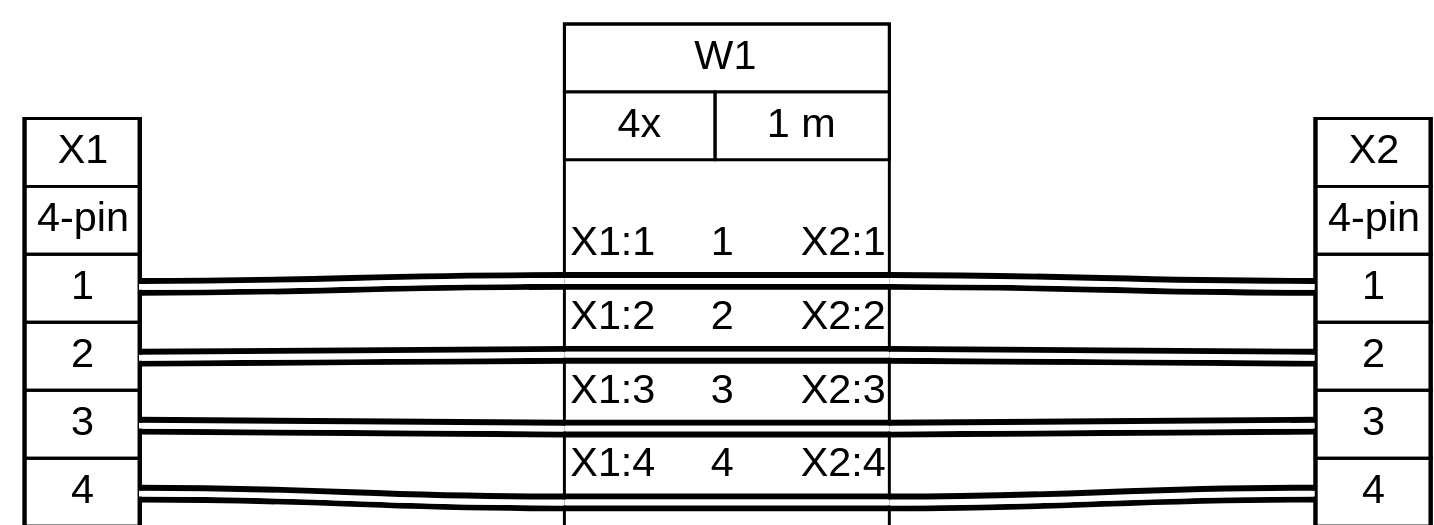
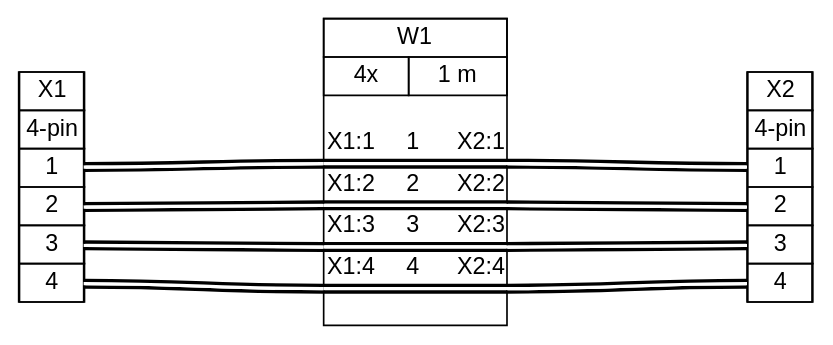
One commit to ClassicMiniDIY/WireViz changed the diagram in tutorial/tutorial01.gv. Above: the diagram before and after it, drawn with Graphviz. The commit also changed 95 other files, not shown here.

```diff
--- a/tutorial/tutorial01.gv
+++ b/tutorial/tutorial01.gv
@@ -1,164 +1,164 @@
 graph {
-// Graph generated by WireViz 0.4.1
+// Graph generated by WireViz 1.0.0
 // https://github.com/wireviz/WireViz
-	graph [bgcolor="#FFFFFF" dpi=96.0 fontname=arial nodesep=0.33 rankdir=LR ranksep=2]
+	graph [bgcolor="#FFFFFF" fontname=arial nodesep=0.33 rankdir=LR ranksep=2]
 	node [fillcolor="#FFFFFF" fontname=arial height=0 margin=0 shape=none style=filled width=0]
 	edge [fontname=arial style=bold]
 	X1 [label=<
 <table border="0" cellspacing="0" cellpadding="0">
  <tr><td>
   <table border="0" cellspacing="0" cellpadding="3" cellborder="1"><tr>
    <td balign="left">X1</td>
   </tr></table>
  </td></tr>
  <tr><td>
   <table border="0" cellspacing="0" cellpadding="3" cellborder="1"><tr>
    <td balign="left">4-pin</td>
   </tr></table>
  </td></tr>
  <tr><td>
   <table border="0" cellspacing="0" cellpadding="3" cellborder="1">
    <tr>
     <td port="p1r">1</td>
    </tr>
    <tr>
     <td port="p2r">2</td>
    </tr>
    <tr>
     <td port="p3r">3</td>
    </tr>
    <tr>
     <td port="p4r">4</td>
    </tr>
   </table>
  </td></tr>
 </table>
 > fillcolor="#FFFFFF" shape=box style=filled]
 	X2 [label=<
 <table border="0" cellspacing="0" cellpadding="0">
  <tr><td>
   <table border="0" cellspacing="0" cellpadding="3" cellborder="1"><tr>
    <td balign="left">X2</td>
   </tr></table>
  </td></tr>
  <tr><td>
   <table border="0" cellspacing="0" cellpadding="3" cellborder="1"><tr>
    <td balign="left">4-pin</td>
   </tr></table>
  </td></tr>
  <tr><td>
   <table border="0" cellspacing="0" cellpadding="3" cellborder="1">
    <tr>
     <td port="p1l">1</td>
    </tr>
    <tr>
     <td port="p2l">2</td>
    </tr>
    <tr>
     <td port="p3l">3</td>
    </tr>
    <tr>
     <td port="p4l">4</td>
    </tr>
   </table>
  </td></tr>
 </table>
 > fillcolor="#FFFFFF" shape=box style=filled]
 	edge [color="#000000:#ffffff:#000000"]
 	X1:p1r:e -- W1:w1:w
 	W1:w1:e -- X2:p1l:w
 	edge [color="#000000:#ffffff:#000000"]
 	X1:p2r:e -- W1:w2:w
 	W1:w2:e -- X2:p2l:w
 	edge [color="#000000:#ffffff:#000000"]
 	X1:p3r:e -- W1:w3:w
 	W1:w3:e -- X2:p3l:w
 	edge [color="#000000:#ffffff:#000000"]
 	X1:p4r:e -- W1:w4:w
 	W1:w4:e -- X2:p4l:w
 	W1 [label=<
 <table border="0" cellspacing="0" cellpadding="0">
  <tr><td>
   <table border="0" cellspacing="0" cellpadding="3" cellborder="1"><tr>
    <td balign="left">W1</td>
   </tr></table>
  </td></tr>
  <tr><td>
   <table border="0" cellspacing="0" cellpadding="3" cellborder="1"><tr>
    <td balign="left">4x</td>
    <td balign="left">1 m</td>
   </tr></table>
  </td></tr>
  <tr><td>
   <table border="0" cellspacing="0" cellborder="0">
    <tr><td>&nbsp;</td></tr>
    <tr>
     <td>X1:1</td>
     <td>
      1
     </td>
     <td>X2:1</td>
    </tr>
    <tr>
     <td colspan="3" border="0" cellspacing="0" cellpadding="0" port="w1" height="6">
      <table cellspacing="0" cellborder="0" border="0">
       <tr><td colspan="3" cellpadding="0" height="2" bgcolor="#000000" border="0"></td></tr>
       <tr><td colspan="3" cellpadding="0" height="2" bgcolor="#ffffff" border="0"></td></tr>
       <tr><td colspan="3" cellpadding="0" height="2" bgcolor="#000000" border="0"></td></tr>
      </table>
     </td>
    </tr>
    <tr>
     <td>X1:2</td>
     <td>
      2
     </td>
     <td>X2:2</td>
    </tr>
    <tr>
     <td colspan="3" border="0" cellspacing="0" cellpadding="0" port="w2" height="6">
      <table cellspacing="0" cellborder="0" border="0">
       <tr><td colspan="3" cellpadding="0" height="2" bgcolor="#000000" border="0"></td></tr>
       <tr><td colspan="3" cellpadding="0" height="2" bgcolor="#ffffff" border="0"></td></tr>
       <tr><td colspan="3" cellpadding="0" height="2" bgcolor="#000000" border="0"></td></tr>
      </table>
     </td>
    </tr>
    <tr>
     <td>X1:3</td>
     <td>
      3
     </td>
     <td>X2:3</td>
    </tr>
    <tr>
     <td colspan="3" border="0" cellspacing="0" cellpadding="0" port="w3" height="6">
      <table cellspacing="0" cellborder="0" border="0">
       <tr><td colspan="3" cellpadding="0" height="2" bgcolor="#000000" border="0"></td></tr>
       <tr><td colspan="3" cellpadding="0" height="2" bgcolor="#ffffff" border="0"></td></tr>
       <tr><td colspan="3" cellpadding="0" height="2" bgcolor="#000000" border="0"></td></tr>
      </table>
     </td>
    </tr>
    <tr>
     <td>X1:4</td>
     <td>
      4
     </td>
     <td>X2:4</td>
    </tr>
    <tr>
     <td colspan="3" border="0" cellspacing="0" cellpadding="0" port="w4" height="6">
      <table cellspacing="0" cellborder="0" border="0">
       <tr><td colspan="3" cellpadding="0" height="2" bgcolor="#000000" border="0"></td></tr>
       <tr><td colspan="3" cellpadding="0" height="2" bgcolor="#ffffff" border="0"></td></tr>
       <tr><td colspan="3" cellpadding="0" height="2" bgcolor="#000000" border="0"></td></tr>
      </table>
     </td>
    </tr>
    <tr><td>&nbsp;</td></tr>
   </table>
  </td></tr>
 </table>
 > fillcolor="#FFFFFF" shape=box style=filled]
 }
```
